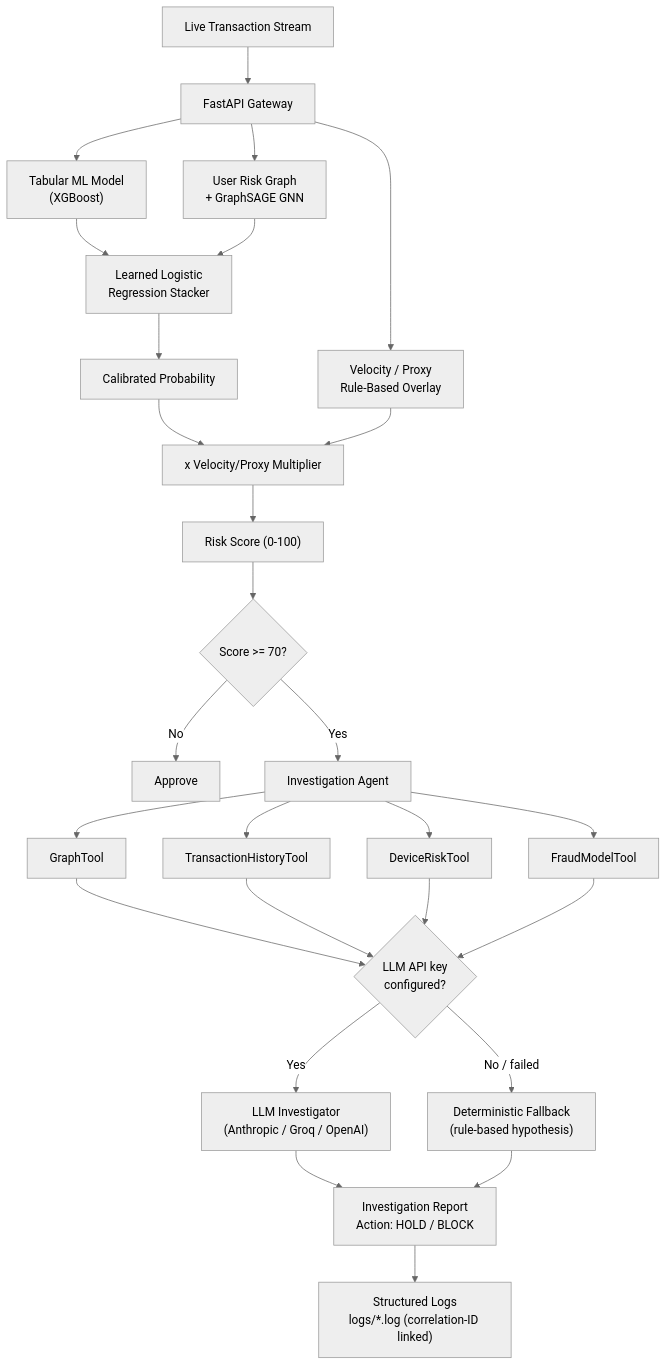
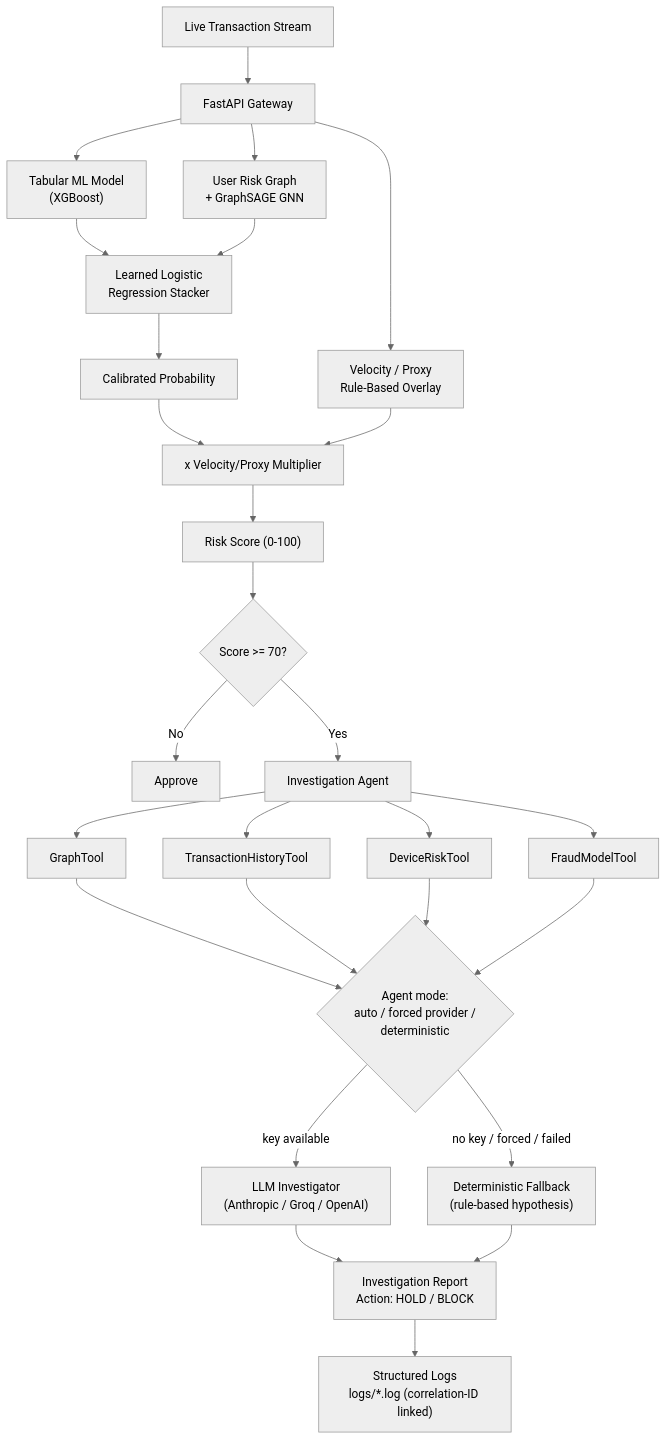
The diagram in README.md (Dikshu015/RazorRisk-Agentic-AI-Payment-Fraud-Risk-Investigation-Platform), drawn with Mermaid (neutral theme) before and after one commit. The commit also changed other lines of this file and 2 other files, not shown here.

````diff
--- a/README.md
+++ b/README.md
@@ -21,38 +98,38 @@
 ```mermaid
 flowchart TD
     TXN["Live Transaction Stream"] --> GW["FastAPI Gateway"]
 
     GW --> TAB["Tabular ML Model<br/>(XGBoost)"]
     GW --> GNN["User Risk Graph<br/>+ GraphSAGE GNN"]
     GW --> VEL["Velocity / Proxy<br/>Rule-Based Overlay"]
 
     TAB --> STACK["Learned Logistic<br/>Regression Stacker"]
     GNN --> STACK
 
     STACK --> CAL["Calibrated Probability"]
     CAL --> MULT["x Velocity/Proxy Multiplier"]
     VEL --> MULT
     MULT --> SCORE["Risk Score (0-100)"]
 
     SCORE --> Q{"Score >= 70?"}
     Q -- No --> APPROVE["Approve"]
     Q -- Yes --> AGENT["Investigation Agent"]
 
     AGENT --> GT["GraphTool"]
     AGENT --> HT["TransactionHistoryTool"]
     AGENT --> DT["DeviceRiskTool"]
     AGENT --> FT["FraudModelTool"]
 
-    GT --> MODE{"LLM API key<br/>configured?"}
+    GT --> MODE{"Agent mode:<br/>auto / forced provider /<br/>deterministic"}
     HT --> MODE
     DT --> MODE
     FT --> MODE
 
-    MODE -- Yes --> LLM["LLM Investigator<br/>(Anthropic / Groq / OpenAI)"]
-    MODE -- "No / failed" --> DET["Deterministic Fallback<br/>(rule-based hypothesis)"]
+    MODE -- "key available" --> LLM["LLM Investigator<br/>(Anthropic / Groq / OpenAI)"]
+    MODE -- "no key / forced / failed" --> DET["Deterministic Fallback<br/>(rule-based hypothesis)"]
 
     LLM --> REPORT["Investigation Report<br/>Action: HOLD / BLOCK"]
     DET --> REPORT
 
     REPORT --> LOGS["Structured Logs<br/>logs/*.log (correlation-ID linked)"]
 ```
````
